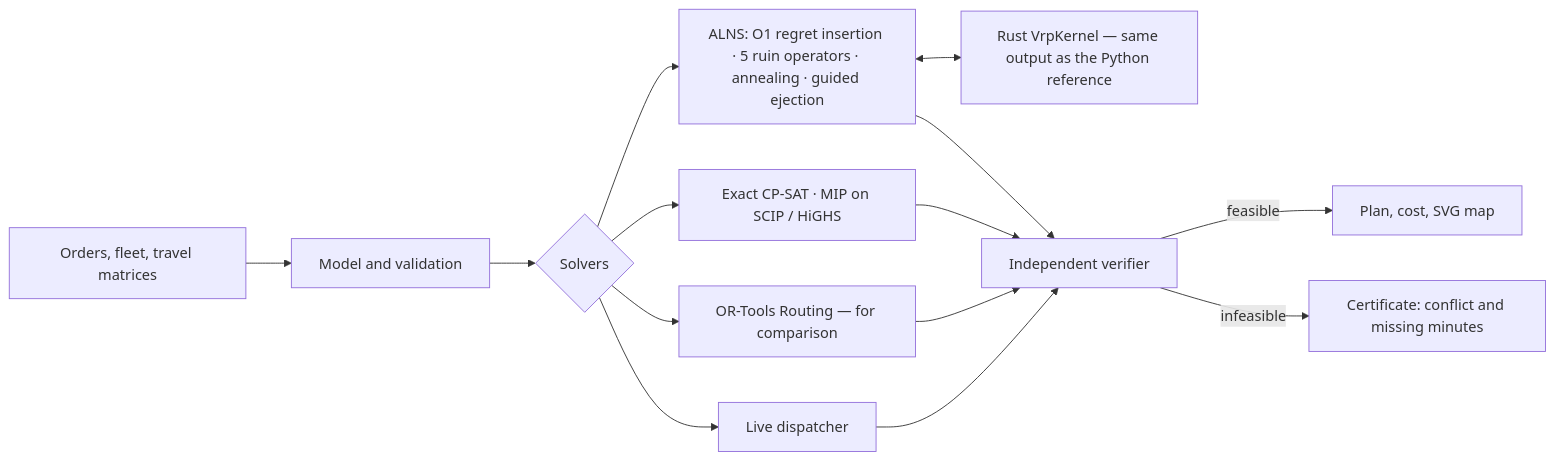
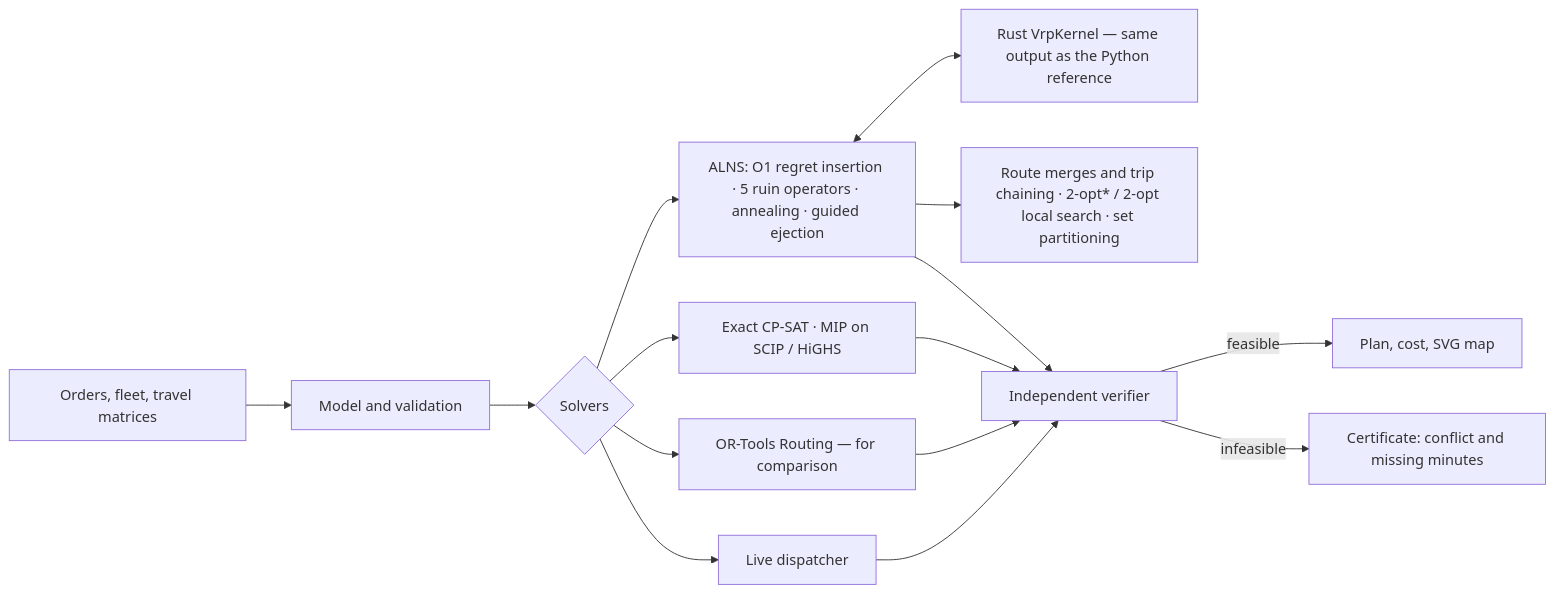
One commit to KonkovDV/SynAPS-MobiRoute changed the diagram in README.en.md. Above: the diagram before and after it, drawn with Mermaid. The commit also changed other lines of this file and 8 other files, not shown here.

First line of the commit message:
docs: rests, trips, traffic, local search and how results are compared

````diff
--- a/README.en.md
+++ b/README.en.md
@@ -62,16 +76,17 @@
 ```mermaid
 flowchart LR
   A[Orders, fleet, travel matrices] --> B[Model and validation]
   B --> C{Solvers}
   C --> D[ALNS: O1 regret insertion · 5 ruin operators · annealing · guided ejection]
   D <--> K[Rust VrpKernel — same output as the Python reference]
+  D --> M[Route merges and trip chaining · 2-opt* / 2-opt local search · set partitioning]
   C --> E[Exact CP-SAT · MIP on SCIP / HiGHS]
   C --> O[OR-Tools Routing — for comparison]
   C --> R[Live dispatcher]
   D --> V[Independent verifier]
   E --> V
   O --> V
   R --> V
   V -->|feasible| P[Plan, cost, SVG map]
   V -->|infeasible| H[Certificate: conflict and missing minutes]
 ```
````
